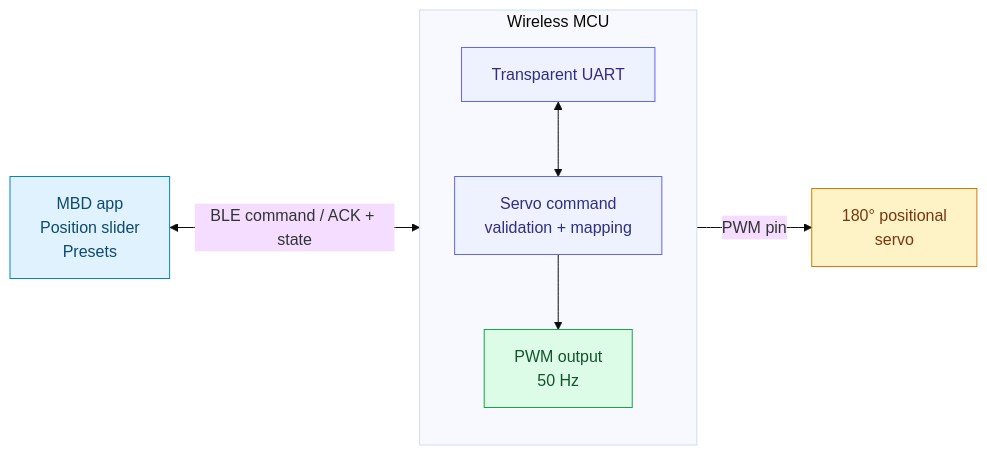
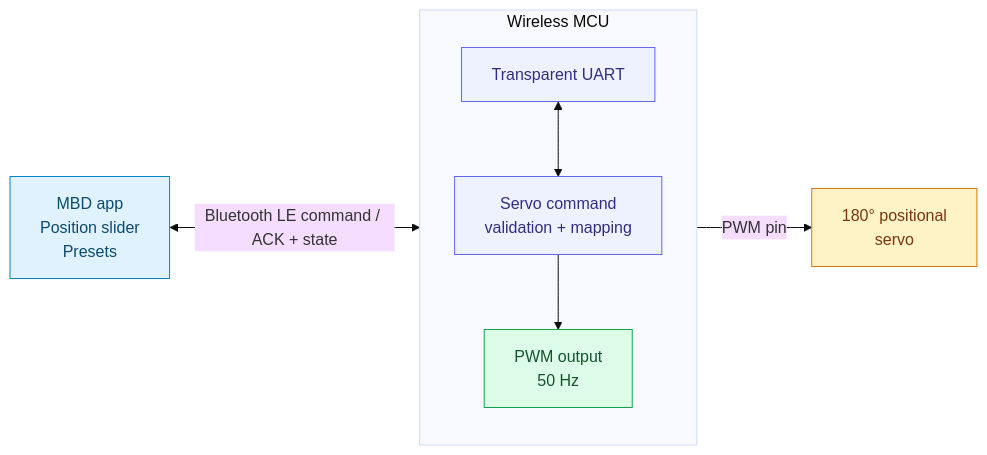
Before and after one commit to MicrochipTech/Bluetooth_LE_180_Servo_Motor_Control: the second of 3 diagrams in README.md, drawn with Mermaid (base theme). The commit also changed other lines of this file, not shown here.

````diff
--- a/README.md
+++ b/README.md
@@ -291,16 +291,16 @@
 ```mermaid
 flowchart LR
     A["MBD app<br/>Position slider<br/>Presets"]
     subgraph BOARD["Wireless MCU"]
         direction TB
         B["Transparent UART"] <--> C["Servo command<br/>validation + mapping"]
         C --> D["PWM output<br/>50 Hz"]
     end
-    A <-->|"BLE command / ACK + state"| B
+    A <-->|"Bluetooth LE command / ACK + state"| B
     D -->|"PWM pin"| E["180° positional<br/>servo"]
     style A fill:#e0f2fe,stroke:#0284c7,color:#0c4a6e
     style B fill:#eef2ff,stroke:#6366f1,color:#312e81
     style C fill:#eef2ff,stroke:#6366f1,color:#312e81
     style D fill:#dcfce7,stroke:#16a34a,color:#14532d
     style E fill:#fef3c7,stroke:#d97706,color:#78350f
 ```
````
